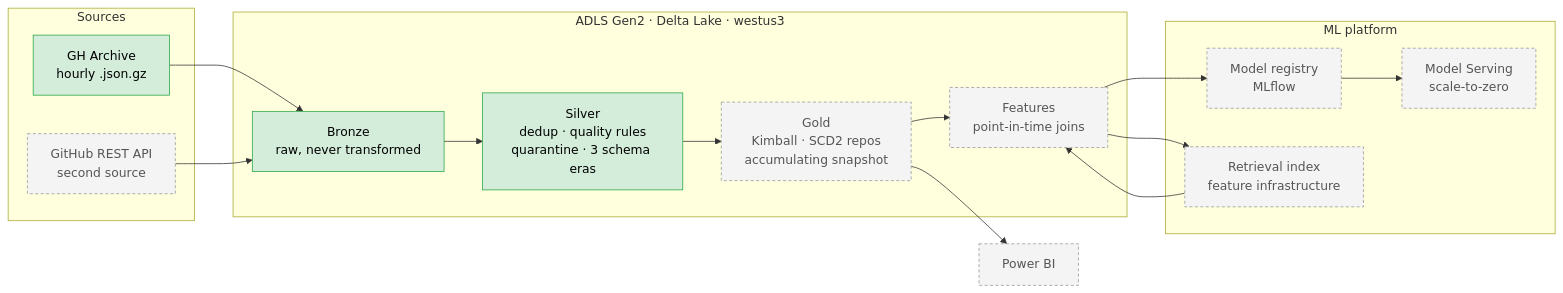
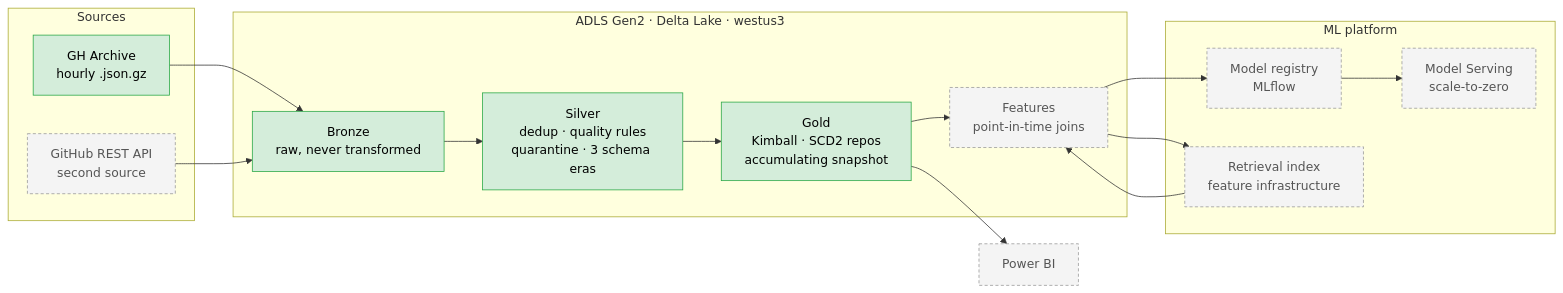
One commit to bsreecharanreddy/almanac changed the diagram in README.md. Above: the diagram before and after it, drawn with Mermaid. The commit also changed other lines of this file and 3 other files, not shown here.

````diff
--- a/README.md
+++ b/README.md
@@ -72,33 +90,33 @@
 ```mermaid
 flowchart LR
   subgraph src[Sources]
     GHA[GH Archive<br/>hourly .json.gz]
     API[GitHub REST API<br/>second source]
   end
 
   subgraph lake[ADLS Gen2 · Delta Lake · westus3]
     B[Bronze<br/>raw, never transformed]
     S[Silver<br/>dedup · quality rules<br/>quarantine · 3 schema eras]
     G[Gold<br/>Kimball · SCD2 repos<br/>accumulating snapshot]
     F[Features<br/>point-in-time joins]
   end
 
   subgraph ml[ML platform]
     R[Model registry<br/>MLflow]
     E[Model Serving<br/>scale-to-zero]
     V[Retrieval index<br/>feature infrastructure]
   end
 
   GHA --> B
   API --> B
   B --> S --> G --> F
   F --> R --> E
   F --> V
   V --> F
   G --> BI[Power BI]
 
   classDef done fill:#d4edda,stroke:#28a745,color:#000
   classDef todo fill:#f4f4f4,stroke:#999,color:#555,stroke-dasharray:4 3
-  class GHA,B,S done
-  class API,G,F,R,E,V,BI todo
+  class GHA,B,S,G done
+  class API,F,R,E,V,BI todo
 ```
````
